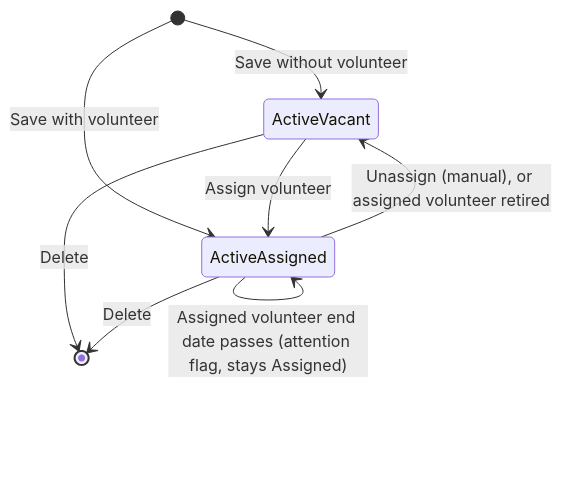
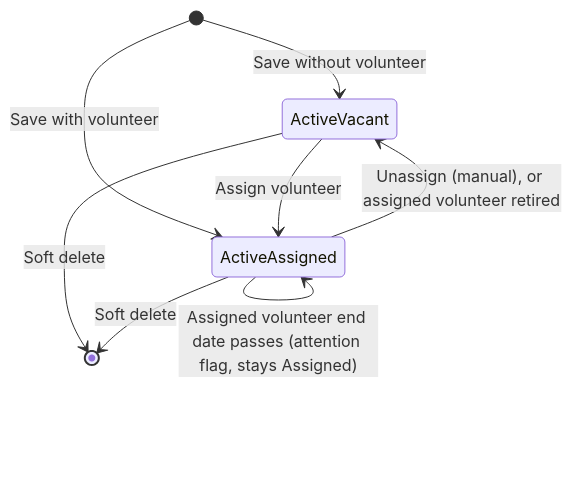
One commit to uwblueprint/beach-metro changed the first of 10 diagrams in docs/flows/route_management_flow.md. Above: the diagram before and after it, drawn with Mermaid. The commit also changed other lines of this file and 4 other files, not shown here.

Commit message:
Reconcile PRD and docs with locked decisions; soft-delete routes, simplify notes and bundles

````diff
--- a/docs/flows/route_management_flow.md
+++ b/docs/flows/route_management_flow.md
@@ -39,11 +39,11 @@
 ```mermaid
 stateDiagram-v2
     [*] --> ActiveVacant: Save without volunteer
     [*] --> ActiveAssigned: Save with volunteer
     ActiveVacant --> ActiveAssigned: Assign volunteer
     ActiveAssigned --> ActiveVacant: Unassign (manual), or assigned volunteer retired
     ActiveAssigned --> ActiveAssigned: Reassign (new volunteer)
     ActiveAssigned --> ActiveAssigned: Assigned volunteer end date passes (attention flag, stays Assigned)
-    ActiveVacant --> [*]: Delete
-    ActiveAssigned --> [*]: Delete
+    ActiveVacant --> [*]: Soft delete
+    ActiveAssigned --> [*]: Soft delete
 ```
````
